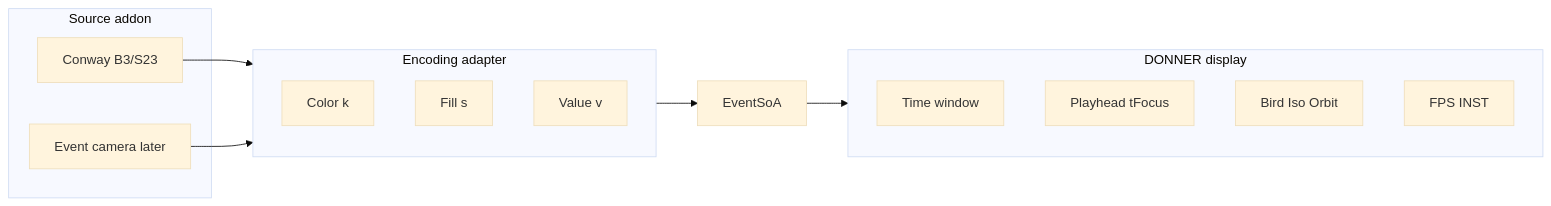
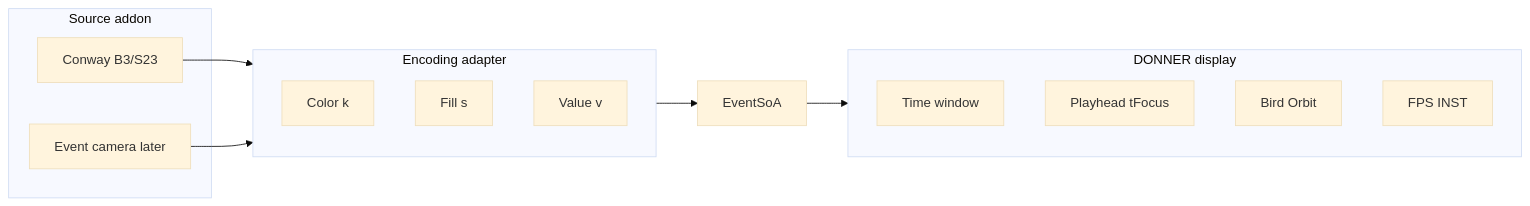
Before and after one commit to PiMaV/DONNER: the second of 10 diagrams in architecture.md, drawn with Mermaid (base theme). The commit also changed other lines of this file and 9 other files, not shown here.

````diff
--- a/architecture.md
+++ b/architecture.md
@@ -26,22 +26,22 @@
 ```mermaid
 flowchart LR
   subgraph source [Source addon]
     conway[Conway B3/S23]
     evt[Event camera later]
   end
   subgraph adapter [Encoding adapter]
     mapK[Color k]
     mapS[Fill s]
     mapV[Value v]
   end
   subgraph engine [DONNER display]
     windowNode[Time window]
     playhead[Playhead tFocus]
-    viewCam[Bird Iso Orbit]
+    viewCam[Bird Orbit]
     hud[FPS INST]
   end
   conway --> adapter
   evt --> adapter
   adapter --> soa2[EventSoA]
   soa2 --> engine
 ```
````
